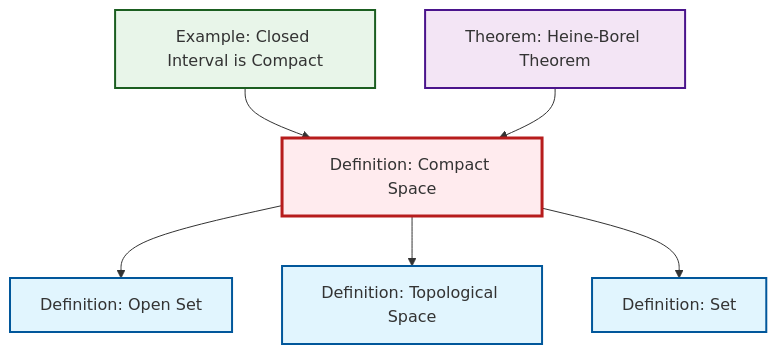
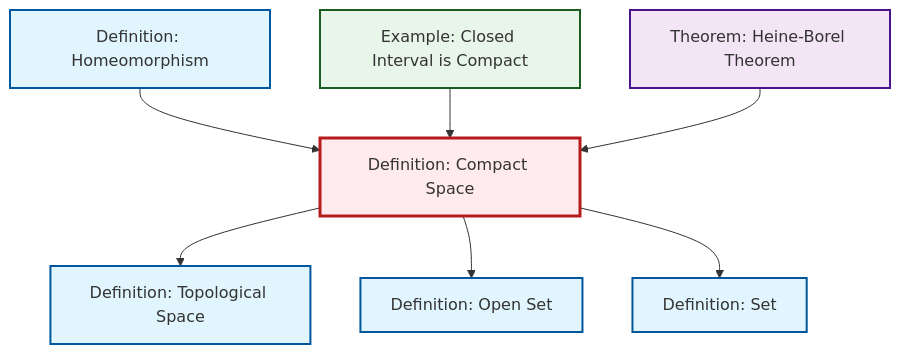
Before and after one commit to RK0429/ModernMath: the diagram in content/ja/topology/def-compact.qmd, drawn with Mermaid. The commit also changed 474 other files, not shown here.

````diff
--- a/content/ja/topology/def-compact.qmd
+++ b/content/ja/topology/def-compact.qmd
@@ -49,26 +49,29 @@
 ```{mermaid}
 %%| fig-cap: "Local dependency graph"
 graph TD
     classDef definition fill:#e1f5fe,stroke:#01579b,stroke-width:2px
     classDef theorem fill:#f3e5f5,stroke:#4a148c,stroke-width:2px
     classDef axiom fill:#fff3e0,stroke:#e65100,stroke-width:2px
     classDef example fill:#e8f5e9,stroke:#1b5e20,stroke-width:2px
     classDef current fill:#ffebee,stroke:#b71c1c,stroke-width:3px
+    ex-closed-interval-compact["Example: Closed Interval is Compact"]:::example
+    def-open-set["Definition: Open Set"]:::definition
     def-set["Definition: Set"]:::definition
+    def-homeomorphism["Definition: Homeomorphism"]:::definition
+    thm-heine-borel["Theorem: Heine-Borel Theorem"]:::theorem
     def-topological-space["Definition: Topological Space"]:::definition
-    ex-closed-interval-compact["Example: Closed Interval is Compact"]:::example
-    thm-heine-borel["Theorem: Heine-Borel Theorem"]:::theorem
-    def-open-set["Definition: Open Set"]:::definition
     def-compact["Definition: Compact Space"]:::definition
+    def-compact --> def-topological-space
     def-compact --> def-open-set
+    def-compact --> def-set
+    def-homeomorphism --> def-compact
     ex-closed-interval-compact --> def-compact
-    def-compact --> def-topological-space
     thm-heine-borel --> def-compact
-    def-compact --> def-set
     class def-compact current
+    click ex-closed-interval-compact "ex-closed-interval-compact.html" "Example: Closed Interval is Compactへ"
+    click def-open-set "def-open-set.html" "Definition: Open Setへ"
     click def-set "def-set.html" "Definition: Setへ"
+    click def-homeomorphism "def-homeomorphism.html" "Definition: Homeomorphismへ"
+    click thm-heine-borel "thm-heine-borel.html" "Theorem: Heine-Borel Theoremへ"
     click def-topological-space "def-topological-space.html" "Definition: Topological Spaceへ"
-    click ex-closed-interval-compact "ex-closed-interval-compact.html" "Example: Closed Interval is Compactへ"
-    click thm-heine-borel "thm-heine-borel.html" "Theorem: Heine-Borel Theoremへ"
-    click def-open-set "def-open-set.html" "Definition: Open Setへ"
 ```
````
